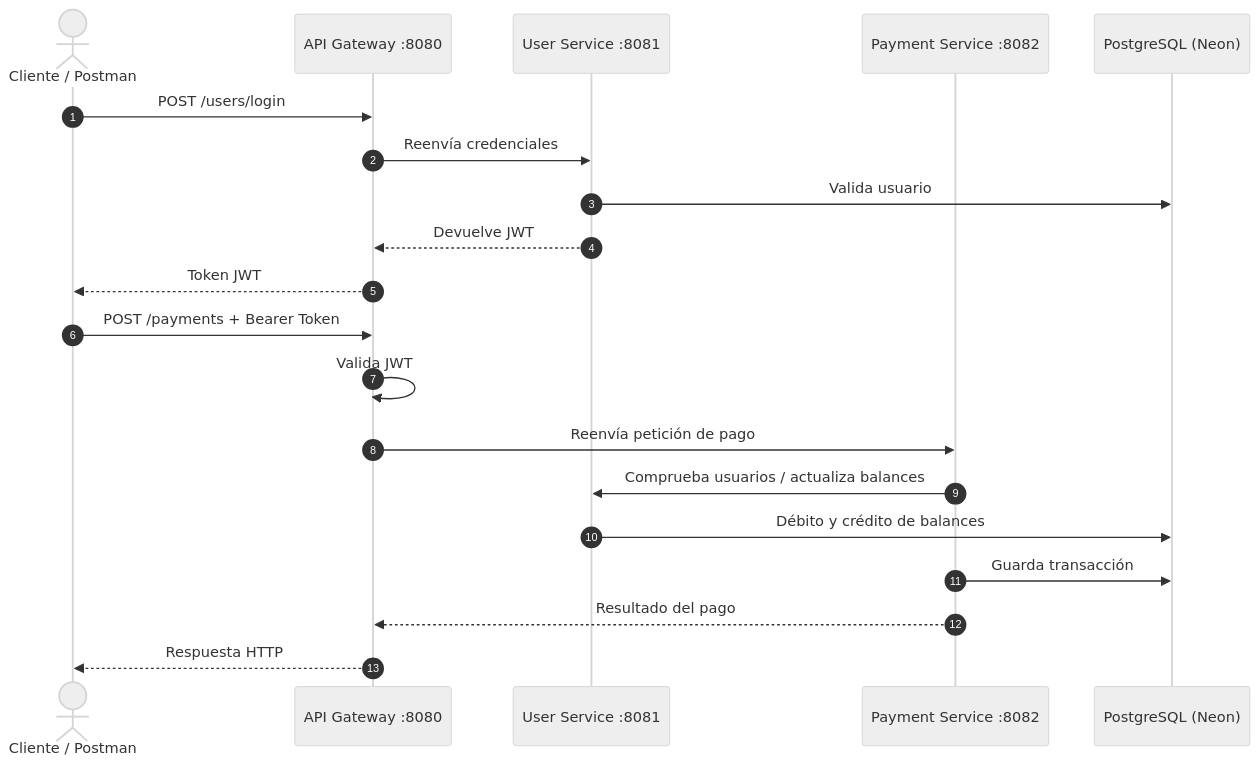
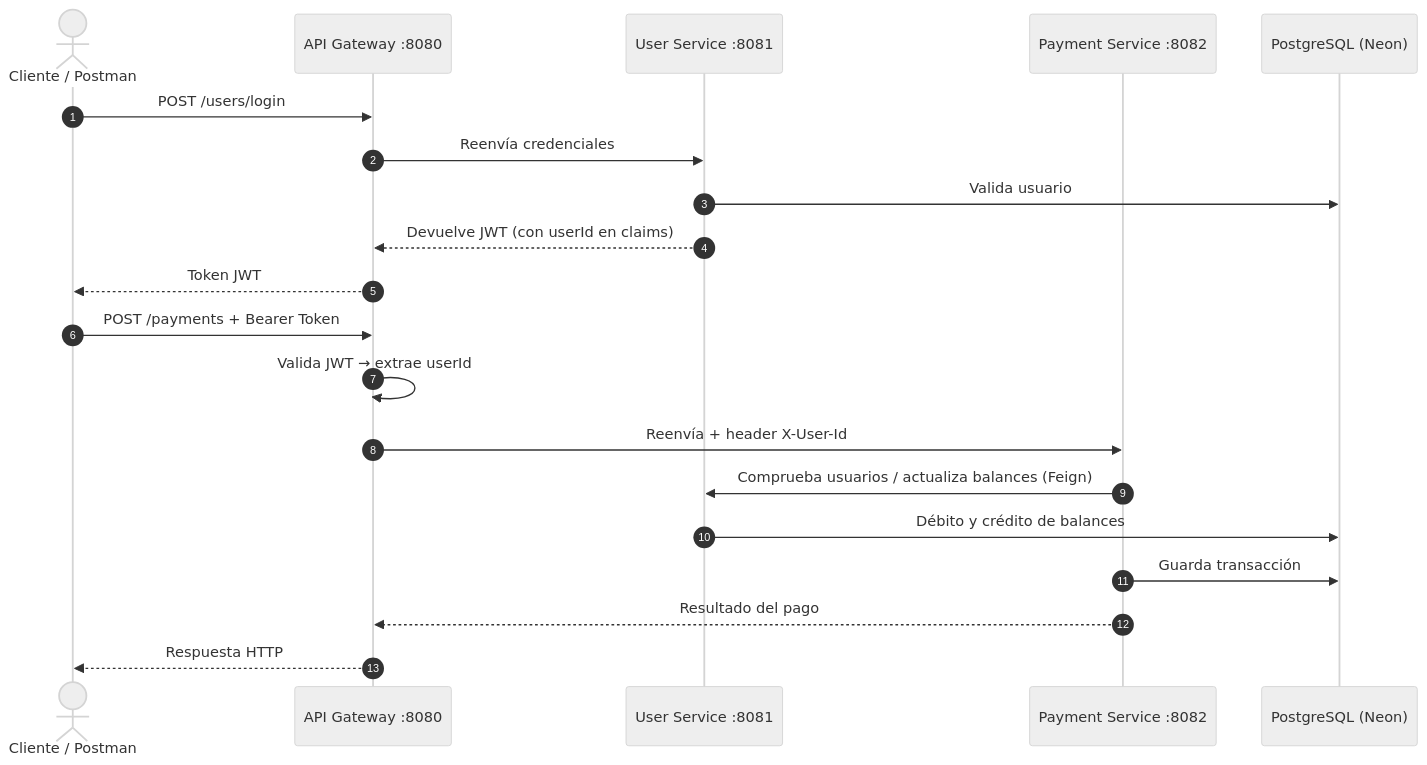
One commit to GonzaloPerezGimenez/PagosMicroservicios changed the diagram in README.md. Above: the diagram before and after it, drawn with Mermaid (neutral theme). The commit also changed other lines of this file, not shown here.

````diff
--- a/README.md
+++ b/README.md
@@ -28,24 +29,24 @@
 ```mermaid
 sequenceDiagram
     autonumber
     actor Cliente as Cliente / Postman
     participant Gateway as API Gateway :8080
     participant User as User Service :8081
     participant Payment as Payment Service :8082
     participant DB as PostgreSQL (Neon)
 
     Cliente->>Gateway: POST /users/login
     Gateway->>User: Reenvía credenciales
     User->>DB: Valida usuario
-    User-->>Gateway: Devuelve JWT
+    User-->>Gateway: Devuelve JWT (con userId en claims)
     Gateway-->>Cliente: Token JWT
 
     Cliente->>Gateway: POST /payments + Bearer Token
-    Gateway->>Gateway: Valida JWT
-    Gateway->>Payment: Reenvía petición de pago
-    Payment->>User: Comprueba usuarios / actualiza balances
+    Gateway->>Gateway: Valida JWT → extrae userId
+    Gateway->>Payment: Reenvía + header X-User-Id
+    Payment->>User: Comprueba usuarios / actualiza balances (Feign)
     User->>DB: Débito y crédito de balances
     Payment->>DB: Guarda transacción
     Payment-->>Gateway: Resultado del pago
     Gateway-->>Cliente: Respuesta HTTP
 ```
````
